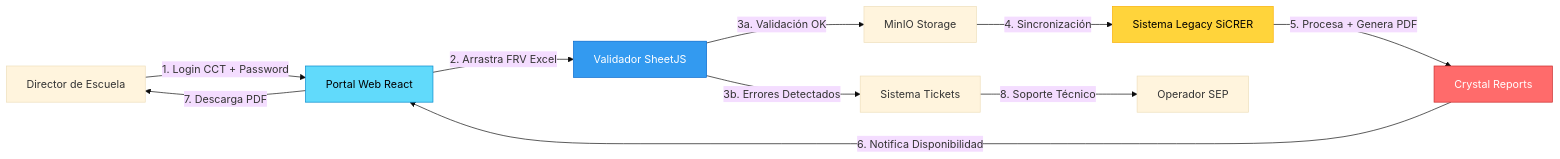
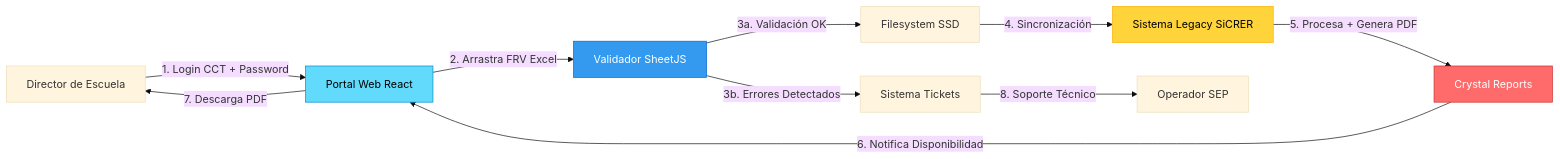
Before and after one commit to dleonsystem/sep_evaluacion_diagnostica: the second of 10 diagrams in ANALISIS_DETALLADO_PSP_RUP.md, drawn with Mermaid (base theme). The commit also changed other lines of this file and 6 other files, not shown here.

First line of the commit message:
feat: migrate from MinIO and Redis to Filesystem SSD and node-cache

````diff
--- a/ANALISIS_DETALLADO_PSP_RUP.md
+++ b/ANALISIS_DETALLADO_PSP_RUP.md
@@ -134,17 +135,17 @@
 ```mermaid
 graph LR
     A[Director de Escuela] -->|1. Login CCT + Password| B[Portal Web React]
     B -->|2. Arrastra FRV Excel| C[Validador SheetJS]
-    C -->|3a. Validación OK| D[MinIO Storage]
+    C -->|3a. Validación OK| D[Filesystem SSD]
     C -->|3b. Errores Detectados| E[Sistema Tickets]
     D -->|4. Sincronización| F[Sistema Legacy SiCRER]
     F -->|5. Procesa + Genera PDF| G[Crystal Reports]
     G -->|6. Notifica Disponibilidad| B
     B -->|7. Descarga PDF| A
     E -->|8. Soporte Técnico| H[Operador SEP]
     
     style B fill:#61dafb,stroke:#0088cc,color:#000
     style C fill:#339af0,stroke:#0066cc,color:#fff
     style F fill:#ffd43b,stroke:#fab005,color:#000
     style G fill:#ff6b6b,stroke:#c92a2a,color:#fff
 ```
````
